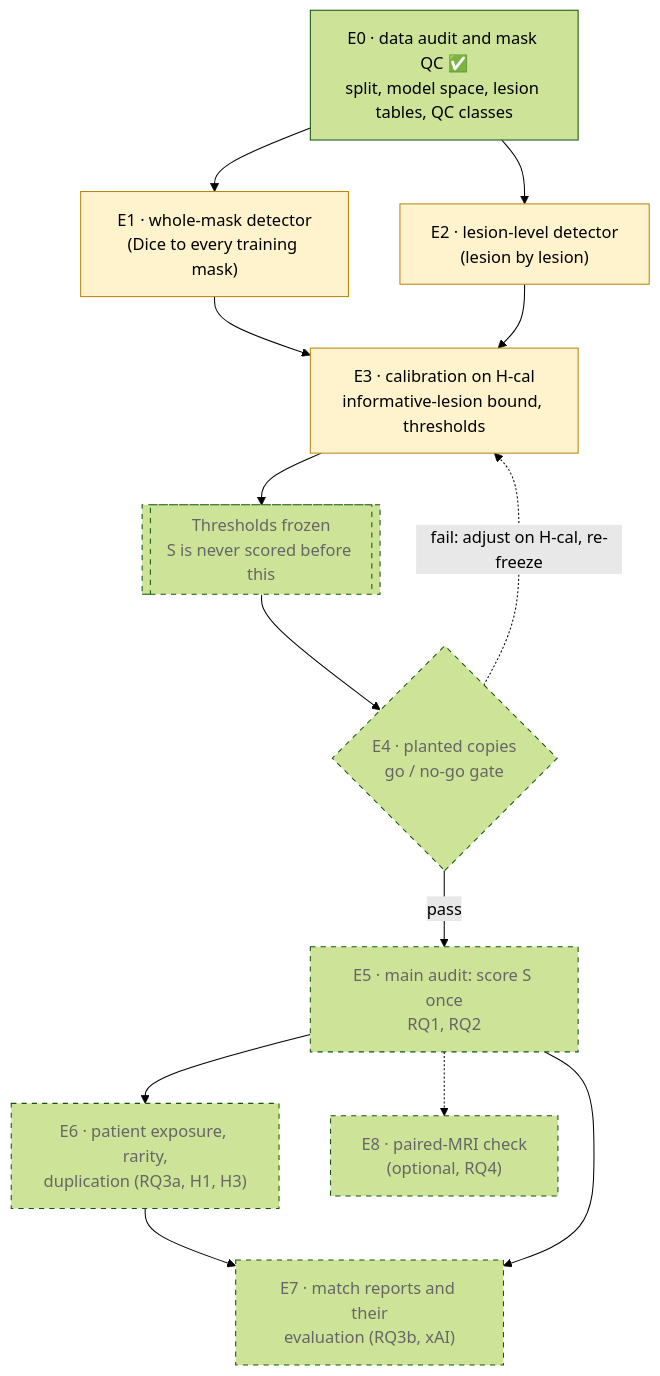
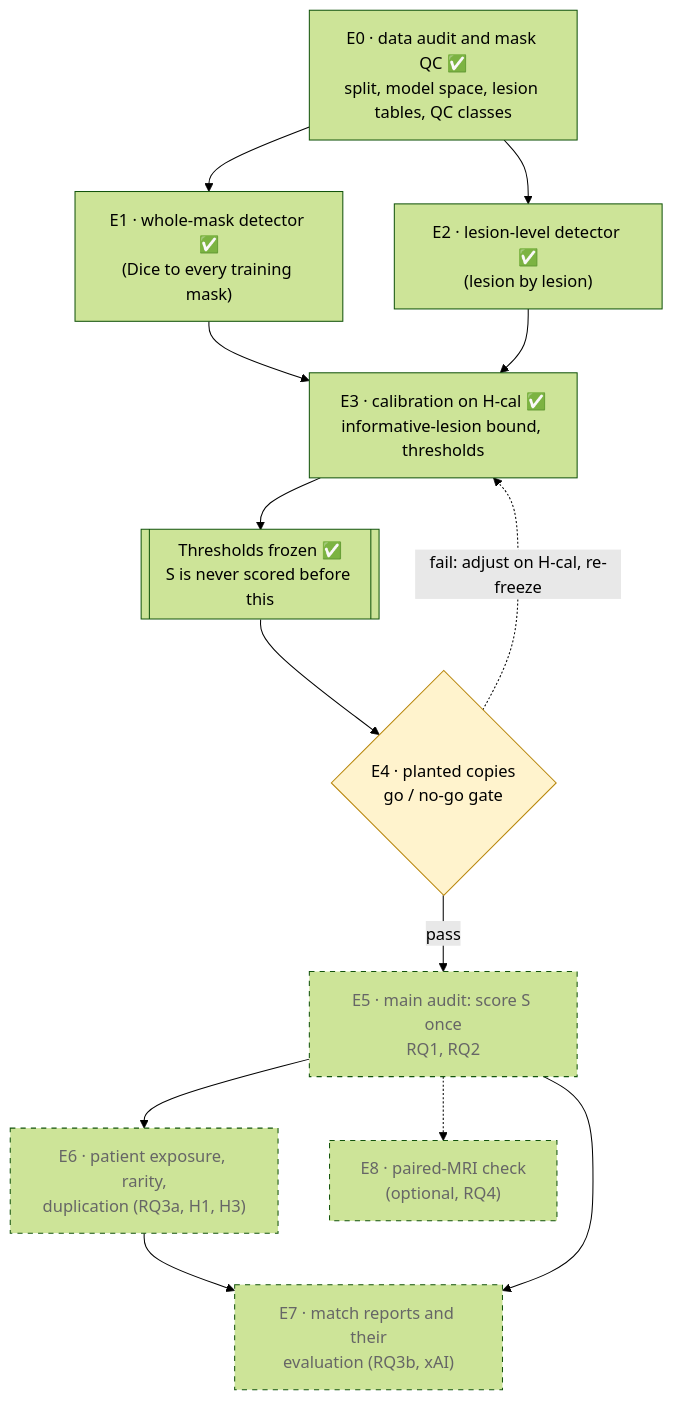
Before and after one commit to mattia3003/MT_project: the first of 2 diagrams in docs/architecture.md, drawn with Mermaid (forest theme). The commit also changed other lines of this file and 21 other files, not shown here.

````diff
--- a/docs/architecture.md
+++ b/docs/architecture.md
@@ -25,26 +26,26 @@
 ```mermaid
 flowchart TD
     E0["E0 · data audit and mask QC ✅<br/>split, model space, lesion tables, QC classes"]
-    E1["E1 · whole-mask detector<br/>(Dice to every training mask)"]
-    E2["E2 · lesion-level detector<br/>(lesion by lesion)"]
-    E3["E3 · calibration on H-cal<br/>informative-lesion bound, thresholds"]
-    FREEZE[["Thresholds frozen<br/>S is never scored before this"]]
+    E1["E1 · whole-mask detector ✅<br/>(Dice to every training mask)"]
+    E2["E2 · lesion-level detector ✅<br/>(lesion by lesion)"]
+    E3["E3 · calibration on H-cal ✅<br/>informative-lesion bound, thresholds"]
+    FREEZE[["Thresholds frozen ✅<br/>S is never scored before this"]]
     E4{"E4 · planted copies<br/>go / no-go gate"}
     E5["E5 · main audit: score S once<br/>RQ1, RQ2"]
     E6["E6 · patient exposure, rarity,<br/>duplication (RQ3a, H1, H3)"]
     E7["E7 · match reports and their<br/>evaluation (RQ3b, xAI)"]
     E8["E8 · paired-MRI check<br/>(optional, RQ4)"]
 
     E0 --> E1 & E2
     E1 & E2 --> E3 --> FREEZE --> E4
     E4 -->|pass| E5
     E4 -.->|"fail: adjust on H-cal, re-freeze"| E3
     E5 --> E6 --> E7
     E5 --> E7
     E5 -.-> E8
 
     classDef next fill:#fff3cd,stroke:#b8860b
     classDef planned stroke-dasharray: 5 5,color:#666
-    class E1,E2,E3 next
-    class FREEZE,E4,E5,E6,E7,E8 planned
+    class E4 next
+    class E5,E6,E7,E8 planned
 ```
````
